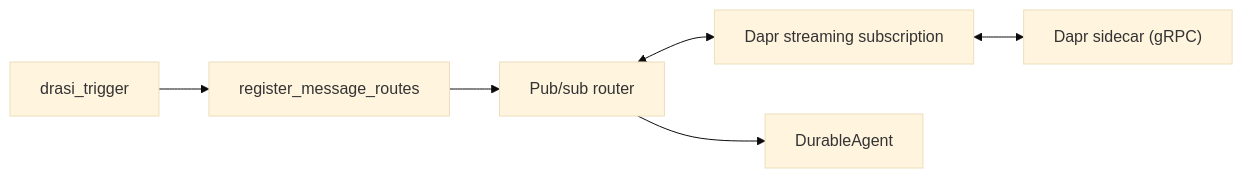
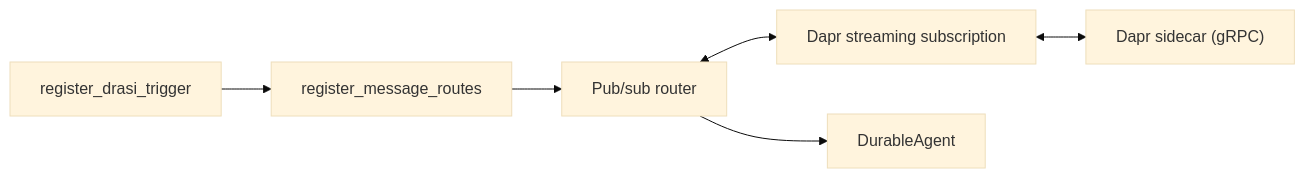
Before and after one commit to dapr/dapr-agents: the diagram in ext/dapr-agents-ext-drasi/AGENTS.md, drawn with Mermaid (base theme). The commit also changed other lines of this file and 39 other files, not shown here.

````diff
--- a/ext/dapr-agents-ext-drasi/AGENTS.md
+++ b/ext/dapr-agents-ext-drasi/AGENTS.md
@@ -51,8 +56,8 @@
 ```mermaid
 flowchart LR
-    A["drasi_trigger"] --> R["register_message_routes"]
+    A["register_drasi_trigger"] --> R["register_message_routes"]
     R --> S["Pub/sub router"]
     S <--> T["Dapr streaming subscription"]
     S --> D["DurableAgent"]
     T <--> C["Dapr sidecar (gRPC)"]
 ```
````
